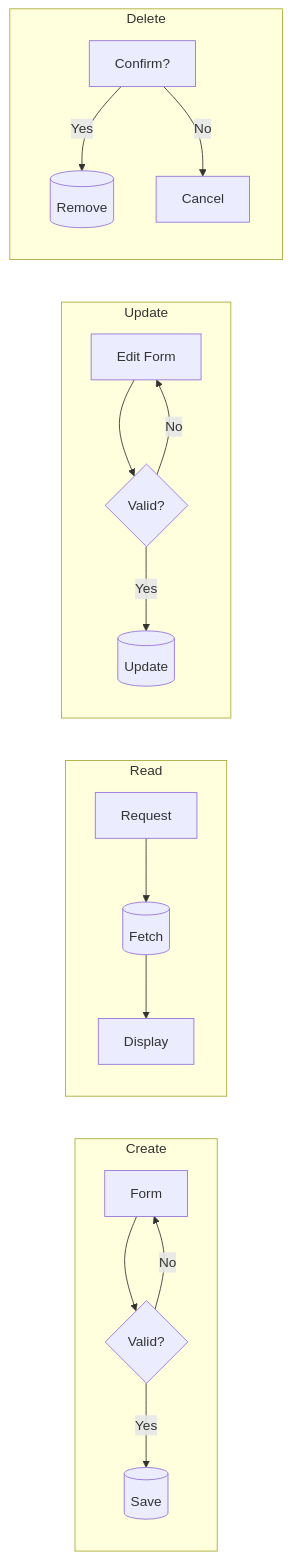
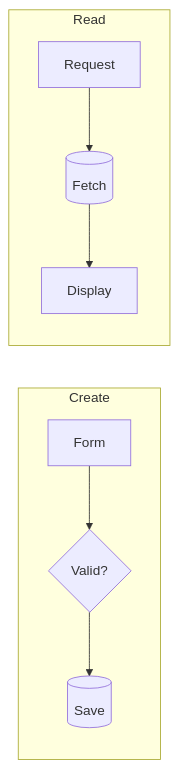
One commit to Mineru98/dev-consultant changed the third of 5 diagrams in agents/mermaid-designer/AGENT.md. Above: the diagram before and after it, drawn with Mermaid. The commit also changed other lines of this file and 4 other files, not shown here.

````diff
--- a/agents/mermaid-designer/AGENT.md
+++ b/agents/mermaid-designer/AGENT.md
@@ -77,24 +72,9 @@
 ```mermaid
 flowchart LR
     subgraph Create
-        C1[Form] --> C2{Valid?}
-        C2 -->|Yes| C3[(Save)]
-        C2 -->|No| C1
+        C1[Form] --> C2{Valid?} --> C3[(Save)]
     end
-
     subgraph Read
-        R1[Request] --> R2[(Fetch)]
-        R2 --> R3[Display]
-    end
-
-    subgraph Update
-        U1[Edit Form] --> U2{Valid?}
-        U2 -->|Yes| U3[(Update)]
-        U2 -->|No| U1
-    end
-
-    subgraph Delete
-        D1[Confirm?] -->|Yes| D2[(Remove)]
-        D1 -->|No| D3[Cancel]
+        R1[Request] --> R2[(Fetch)] --> R3[Display]
     end
 ```
````
